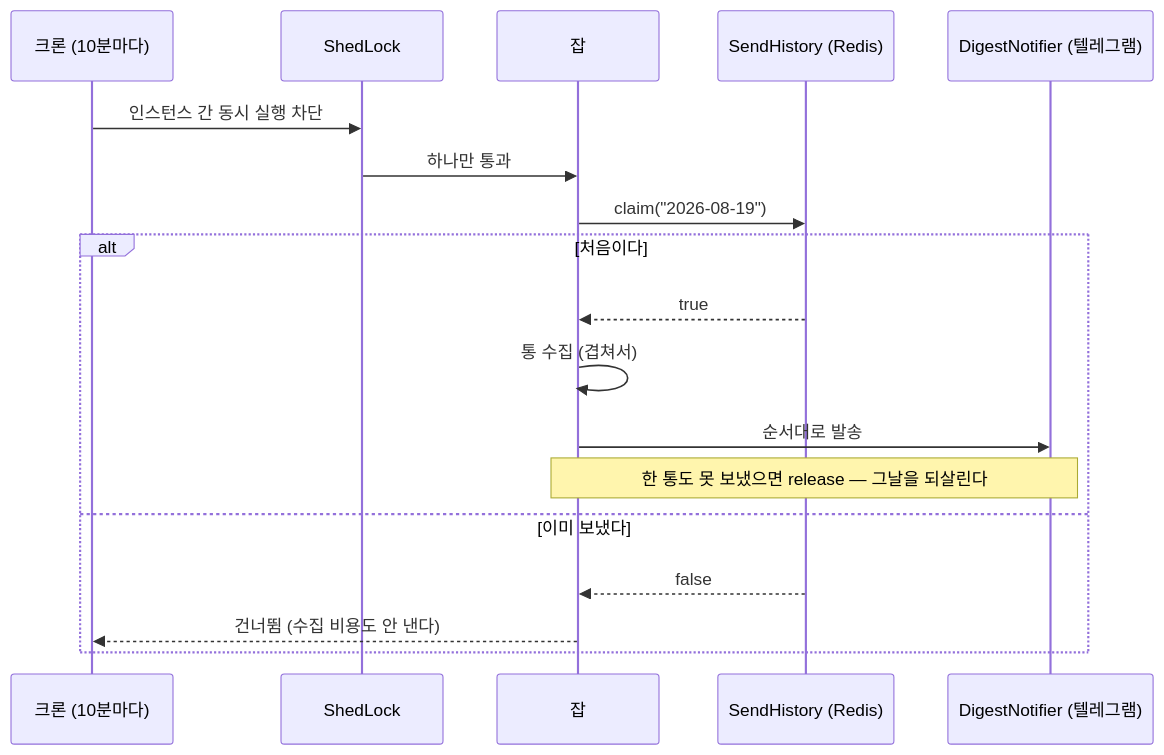
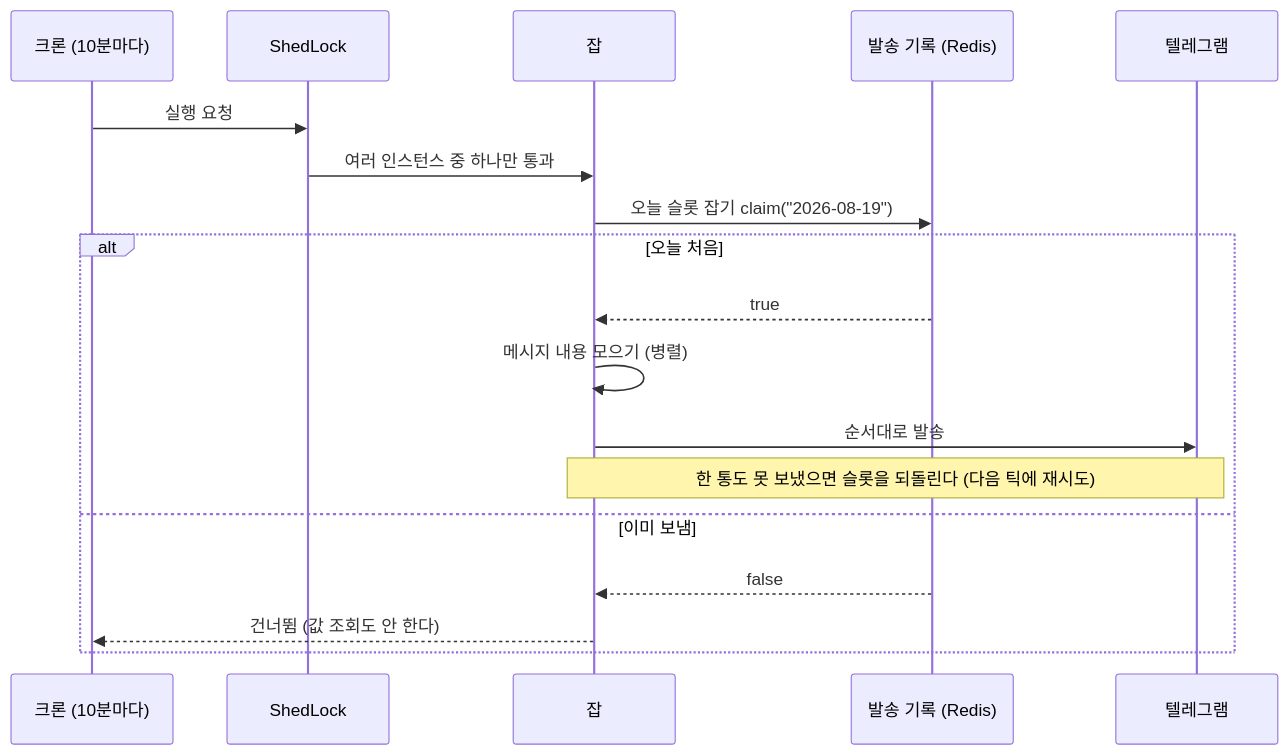
The fourth of 7 diagrams in docs/design.md (zero3402/economy-helper), drawn with Mermaid before and after one commit. The commit also changed other lines of this file and 31 other files, not shown here.

````diff
--- a/docs/design.md
+++ b/docs/design.md
@@ -131,21 +212,21 @@
 ```mermaid
 sequenceDiagram
     participant C as 크론 (10분마다)
     participant S as ShedLock
     participant J as 잡
-    participant H as SendHistory (Redis)
-    participant T as DigestNotifier (텔레그램)
+    participant H as 발송 기록 (Redis)
+    participant T as 텔레그램
 
-    C->>S: 인스턴스 간 동시 실행 차단
-    S->>J: 하나만 통과
-    J->>H: claim("2026-08-19")
-    alt 처음이다
+    C->>S: 실행 요청
+    S->>J: 여러 인스턴스 중 하나만 통과
+    J->>H: 오늘 슬롯 잡기 claim("2026-08-19")
+    alt 오늘 처음
         H-->>J: true
-        J->>J: 통 수집 (겹쳐서)
+        J->>J: 메시지 내용 모으기 (병렬)
         J->>T: 순서대로 발송
-        Note over J,T: 한 통도 못 보냈으면 release — 그날을 되살린다
-    else 이미 보냈다
+        Note over J,T: 한 통도 못 보냈으면 슬롯을 되돌린다 (다음 틱에 재시도)
+    else 이미 보냄
         H-->>J: false
-        J-->>C: 건너뜀 (수집 비용도 안 낸다)
+        J-->>C: 건너뜀 (값 조회도 안 한다)
     end
 ```
````
